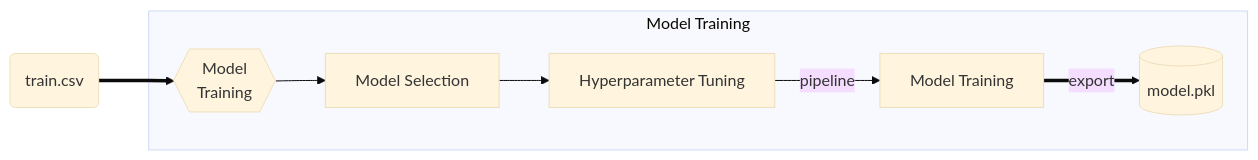
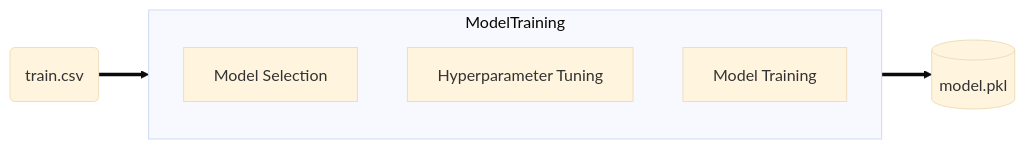
The third of 6 diagrams in docs/markdowns/LLD.md (arv-anshul/ineuron-project-docs-template), drawn with Mermaid (base theme) before and after one commit. The commit also changed other lines of this file and 2 other files, not shown here.

Commit message:
Modify graphs & numbring

````diff
--- a/docs/markdowns/LLD.md
+++ b/docs/markdowns/LLD.md
@@ -85,12 +89,13 @@
 ```mermaid
 flowchart LR
 
-    A(train.csv) ==> F{{Model\n Training}}
+    A(train.csv) ==> ModelTraining
 
-    subgraph Model Training
-        F --> G[Model Selection]
-        G --> H[Hyperparameter Tuning]
-        H --> |pipeline| I[Model Training]
-        I ==> |export| J[(model.pkl)]
+    subgraph ModelTraining
+        G[Model Selection]
+        H[Hyperparameter Tuning]
+        I[Model Training]
     end
+
+    ModelTraining ==> J[(model.pkl)]
 ```
````
